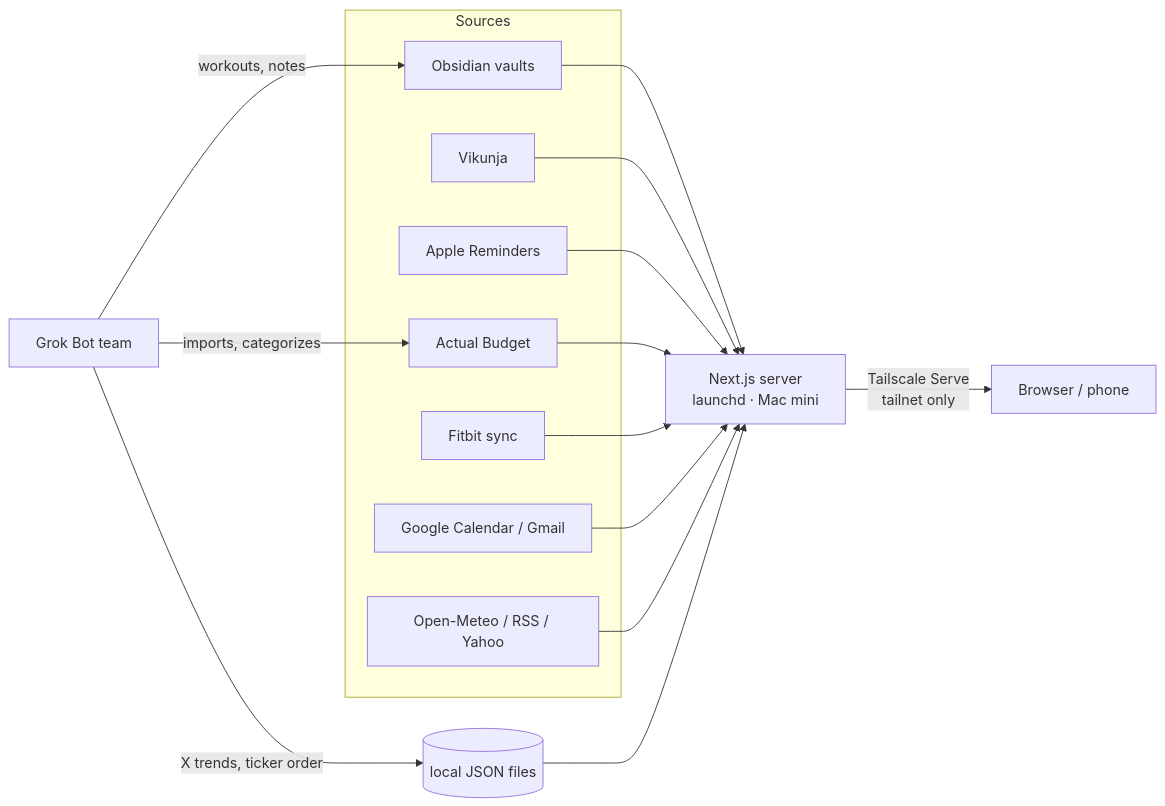
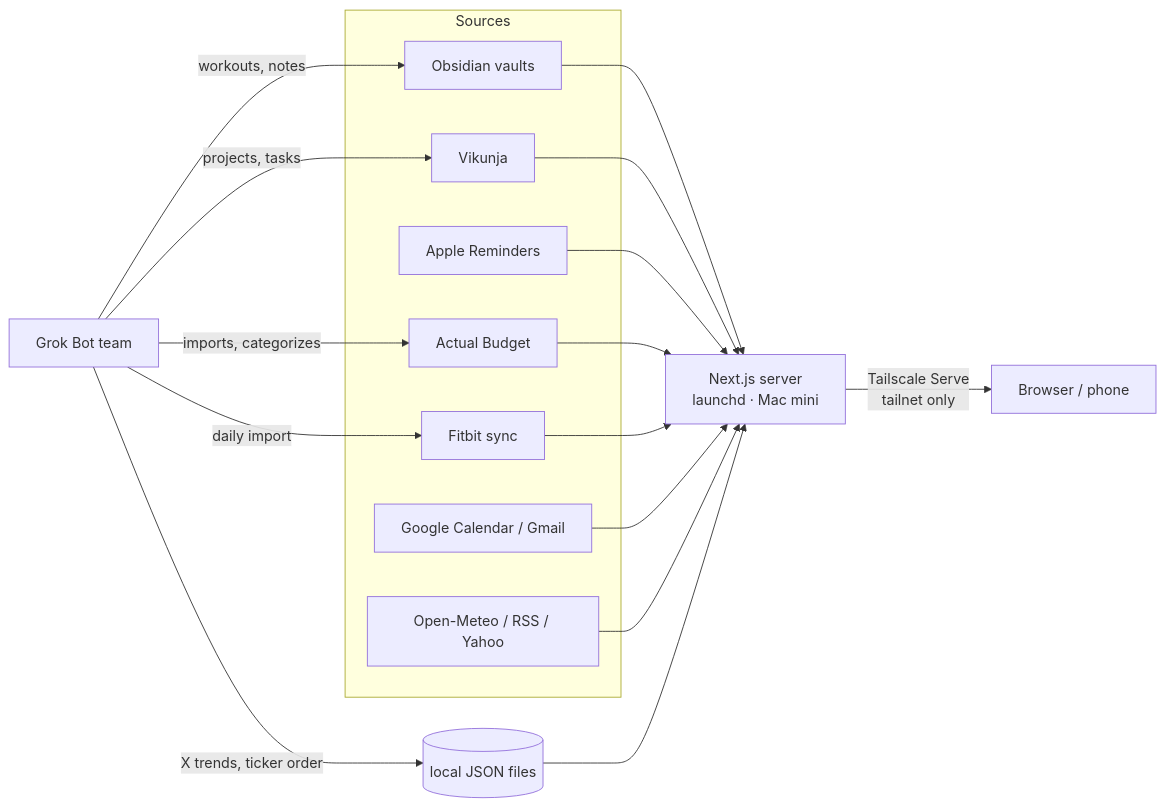
One commit to wilburbuilds/personal-dashboard changed the diagram in README.md. Above: the diagram before and after it, drawn with Mermaid. The commit also changed other lines of this file, not shown here.

Commit message:
README: bots manage Vikunja and run the Fitbit import

````diff
--- a/README.md
+++ b/README.md
@@ -149,17 +149,19 @@
 ```mermaid
 flowchart LR
   subgraph Sources
     V[Obsidian vaults]
     VK[Vikunja]
     R[Apple Reminders]
     A[Actual Budget]
     F[Fitbit sync]
     G[Google Calendar / Gmail]
     W[Open-Meteo / RSS / Yahoo]
   end
   B[Grok Bot team] -- workouts, notes --> V
   B -- X trends, ticker order --> J[(local JSON files)]
   B -- imports, categorizes --> A
+  B -- projects, tasks --> VK
+  B -- daily import --> F
   V & VK & R & A & F & G & W & J --> S[Next.js server<br/>launchd · Mac mini]
   S -- Tailscale Serve<br/>tailnet only --> U[Browser / phone]
 ```
````
